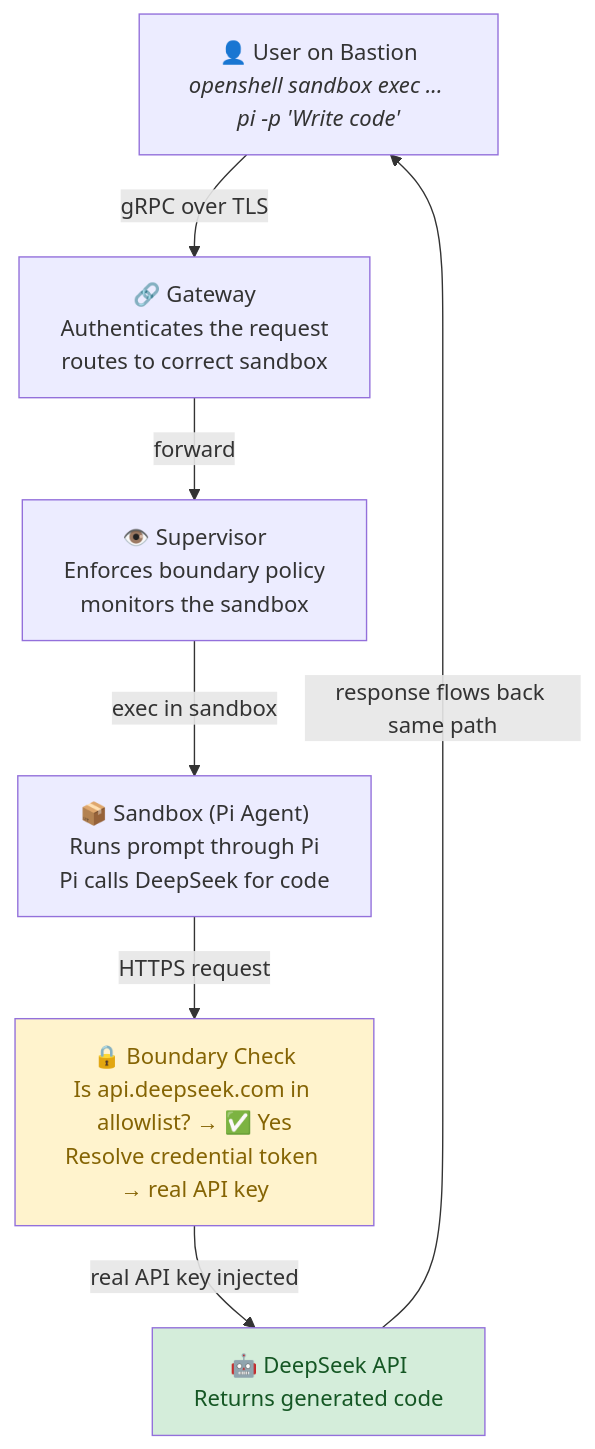
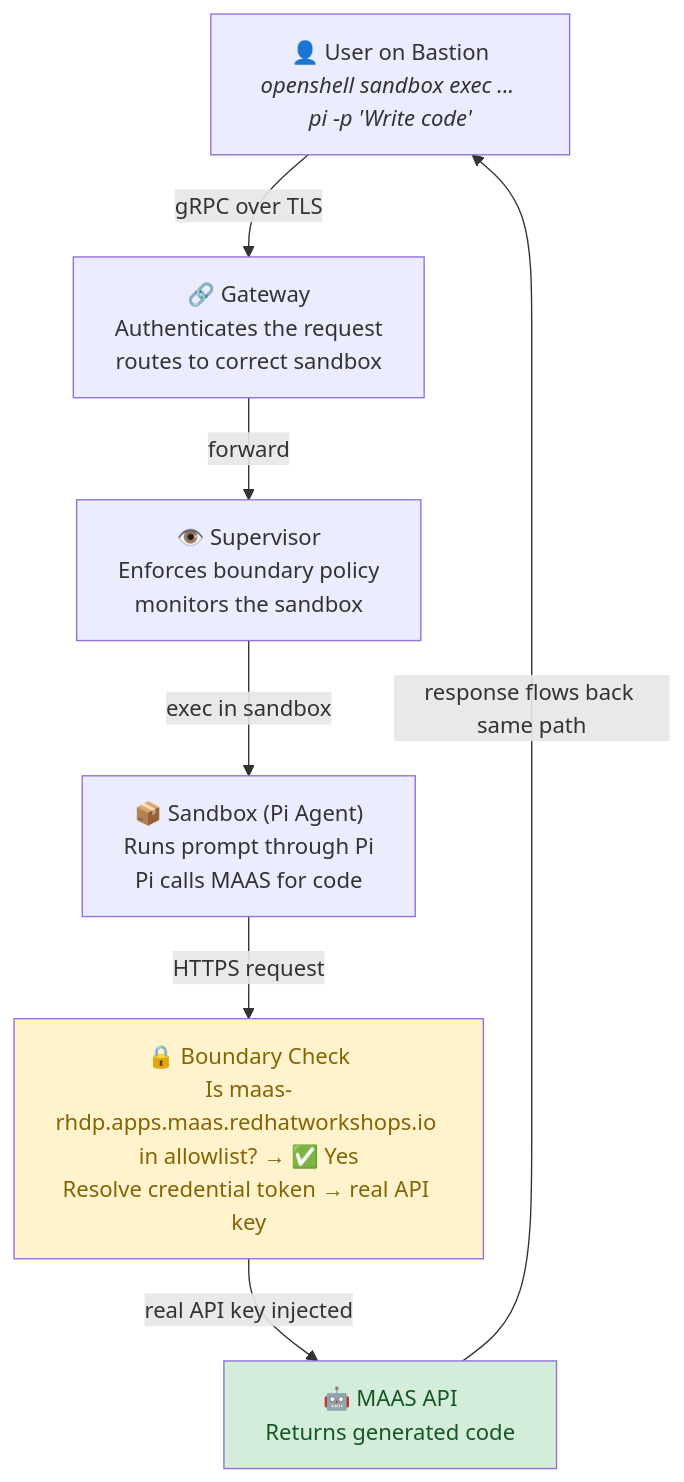
The second of 6 diagrams in docs/1-architecture/README.md (avijra/openshell-ztm-lab), drawn with Mermaid before and after one commit. The commit also changed other lines of this file and 11 other files, not shown here.

First line of the commit message:
refactor: make MAAS the default LLM provider, DeepSeek optional

````diff
--- a/docs/1-architecture/README.md
+++ b/docs/1-architecture/README.md
@@ -63,19 +63,19 @@
 ```mermaid
 graph TD
     A["👤 User on Bastion<br/><i>openshell sandbox exec ... pi -p 'Write code'</i>"]
     B["🔗 Gateway<br/>Authenticates the request<br/>routes to correct sandbox"]
     C["👁️ Supervisor<br/>Enforces boundary policy<br/>monitors the sandbox"]
-    D["📦 Sandbox (Pi Agent)<br/>Runs prompt through Pi<br/>Pi calls DeepSeek for code"]
-    E["🔒 Boundary Check<br/>Is api.deepseek.com in allowlist? → ✅ Yes<br/>Resolve credential token → real API key"]
-    F["🤖 DeepSeek API<br/>Returns generated code"]
+    D["📦 Sandbox (Pi Agent)<br/>Runs prompt through Pi<br/>Pi calls MAAS for code"]
+    E["🔒 Boundary Check<br/>Is maas-rhdp.apps.maas.redhatworkshops.io in allowlist? → ✅ Yes<br/>Resolve credential token → real API key"]
+    F["🤖 MAAS API<br/>Returns generated code"]
 
     A -->|"gRPC over TLS"| B
     B -->|"forward"| C
     C -->|"exec in sandbox"| D
     D -->|"HTTPS request"| E
     E -->|"real API key injected"| F
     F -->|"response flows back same path"| A
 
     style E fill:#fff3cd,color:#856404
     style F fill:#d4edda,color:#155724
 ```
````
